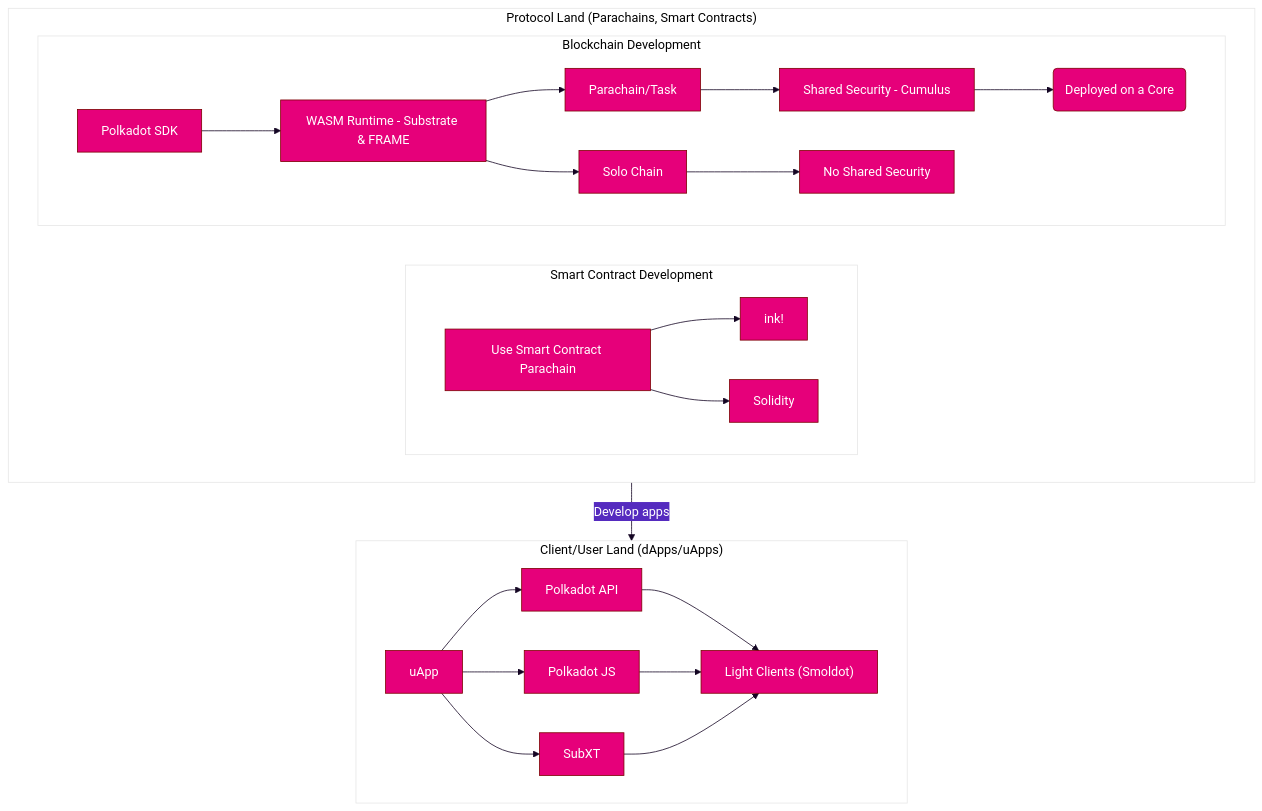
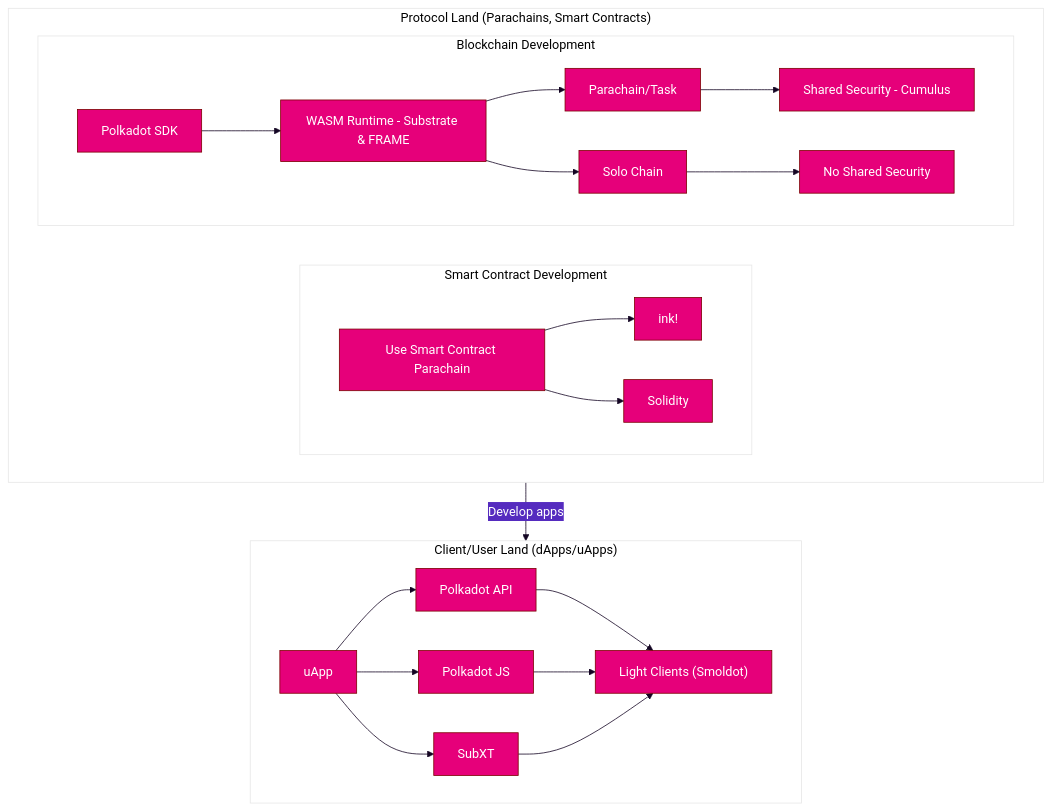
The diagram in docs/build/build-guide.md (w3f/polkadot-wiki), drawn with Mermaid before and after one commit. The commit also changed other lines of this file and 4 other files, not shown here.

````diff
--- a/docs/build/build-guide.md
+++ b/docs/build/build-guide.md
@@ -68,47 +56,47 @@
 ```mermaid
 %%{
  init: {
  'theme': 'base',
  'themeVariables': {
  'fontFamily': 'Unbounded',
  'primaryColor': '#E6007A',
  'fontSize': '16px',
  'primaryTextColor': '#fff',
  'primaryBorderColor': '#7C0000',
  'lineColor': '#140523',
  'secondaryColor': '#552BBF',
  'tertiaryColor': '#fff'
  }
  }
 }%%
 flowchart TB
  subgraph PL ["Protocol Land (Parachains, Smart Contracts)"]
 
  subgraph SCD ["Smart Contract Development"]
  direction LR
  SC["Use Smart Contract Parachain"]
  SC --> ink!
  SC --> Solidity
  end
 
  subgraph PSL ["Blockchain Development"]
  direction LR
  PS["Polkadot SDK"] --> R[WASM Runtime - Substrate & FRAME]
- R -->Parachain["Parachain/Task"]-->SSC["Shared Security - Cumulus"]-->Core("Deployed on a Core")
+ R -->Parachain["Parachain/Task"]-->SSC["Shared Security - Cumulus"]
  R -->SoloChain[Solo Chain]-->NSS["No Shared Security"]
  end
  end
 
  PL-->| Develop apps| CS
 
  subgraph CS ["Client/User Land (dApps/uApps)"]
  LC["Light Clients (Smoldot)"]
  UA[uApp]
  UA --> PAPI[Polkadot API]
  UA --> PJS[Polkadot JS]
  UA --> SubXT
  PAPI --> LC
  PJS --> LC
  SubXT --> LC
  end
 ```
````
